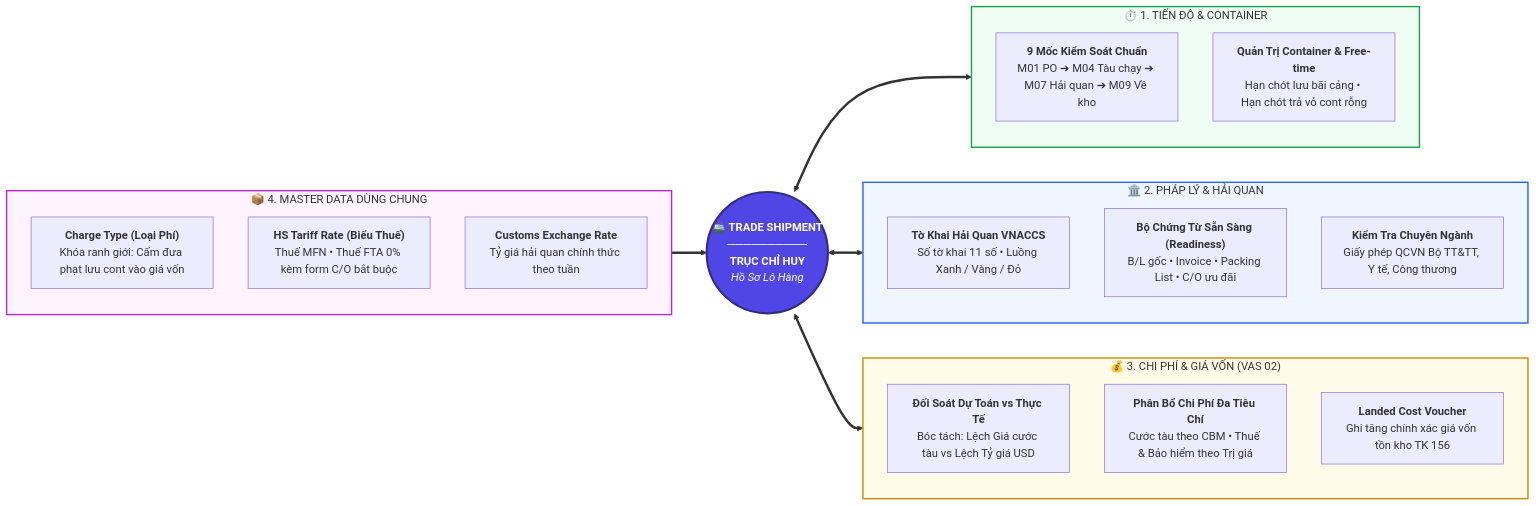
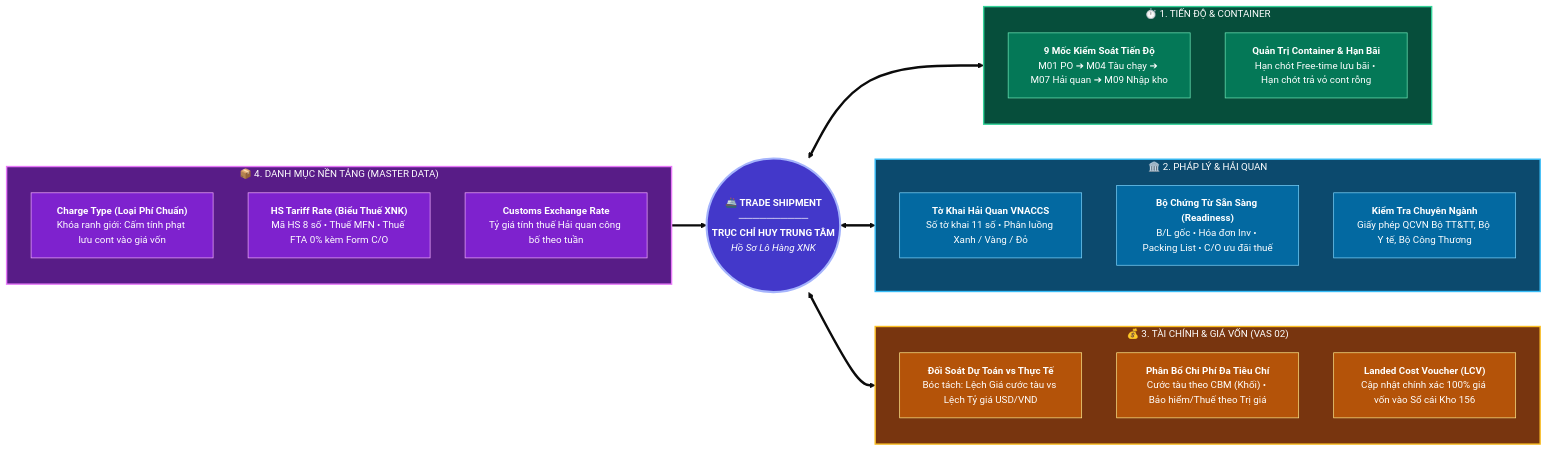
Before and after one commit to capkimkhanh2k5/Logistics_ERPNext_RAG: the second of 4 diagrams in KIEN_TRUC_HE_THONG_QUAN_TRI_XUAT_NHAP_KHAU.md, drawn with Mermaid. The commit also changed other lines of this file, not shown here.

Commit message:
style(diagrams): apply high-contrast dark palette with crisp white text to all architecture diagrams

````diff
--- a/KIEN_TRUC_HE_THONG_QUAN_TRI_XUAT_NHAP_KHAU.md
+++ b/KIEN_TRUC_HE_THONG_QUAN_TRI_XUAT_NHAP_KHAU.md
@@ -112,49 +125,62 @@
 ```mermaid
+%%{init: {'theme': 'base', 'themeVariables': { 'fontFamily': 'Arial, sans-serif', 'fontSize': '14px'}}}%%
 flowchart LR
     %% TRÁI TIM HỆ THỐNG
-    CORE(("🚢 <b>TRADE SHIPMENT</b><br>──────────<br><b>TRỤC CHỈ HUY</b><br><i>Hồ Sơ Lô Hàng</i>"))
+    HUB(("🚢 <b>TRADE SHIPMENT</b><br>──────────<br><b>TRỤC CHỈ HUY TRUNG TÂM</b><br><i>Hồ Sơ Lô Hàng XNK</i>"))
 
-    %% NHÓM 1: TIẾN ĐỘ & HÀNH TRÌNH
-    subgraph G_TRACK["⏱️ 1. TIẾN ĐỘ & CONTAINER"]
+    %% VỆ TINH 1: TIẾN ĐỘ & CONT
+    subgraph V1["⏱️ 1. TIẾN ĐỘ & CONTAINER"]
         direction TB
-        M9["<b>9 Mốc Kiểm Soát Chuẩn</b><br>M01 PO ➔ M04 Tàu chạy ➔ M07 Hải quan ➔ M09 Về kho"]
-        CONT["<b>Quản Trị Container & Free-time</b><br>Hạn chót lưu bãi cảng • Hạn chót trả vỏ cont rỗng"]
+        V1_A["<b>9 Mốc Kiểm Soát Tiến Độ</b><br>M01 PO ➔ M04 Tàu chạy ➔ M07 Hải quan ➔ M09 Nhập kho"]
+        V1_B["<b>Quản Trị Container & Hạn Bãi</b><br>Hạn chót Free-time lưu bãi • Hạn chót trả vỏ cont rỗng"]
     end
 
-    %% NHÓM 2: PHÁP LÝ & HẢI QUAN
-    subgraph G_COMP["🏛️ 2. PHÁP LÝ & HẢI QUAN"]
+    %% VỆ TINH 2: PHÁP LÝ & HẢI QUAN
+    subgraph V2["🏛️ 2. PHÁP LÝ & HẢI QUAN"]
         direction TB
-        DEC["<b>Tờ Khai Hải Quan VNACCS</b><br>Số tờ khai 11 số • Luồng Xanh / Vàng / Đỏ"]
-        DOCS["<b>Bộ Chứng Từ Sẵn Sàng (Readiness)</b><br>B/L gốc • Invoice • Packing List • C/O ưu đãi"]
-        PERM["<b>Kiểm Tra Chuyên Ngành</b><br>Giấy phép QCVN Bộ TT&TT, Y tế, Công thương"]
+        V2_A["<b>Tờ Khai Hải Quan VNACCS</b><br>Số tờ khai 11 số • Phân luồng Xanh / Vàng / Đỏ"]
+        V2_B["<b>Bộ Chứng Từ Sẵn Sàng (Readiness)</b><br>B/L gốc • Hóa đơn Inv • Packing List • C/O ưu đãi thuế"]
+        V2_C["<b>Kiểm Tra Chuyên Ngành</b><br>Giấy phép QCVN Bộ TT&TT, Bộ Y tế, Bộ Công Thương"]
     end
 
-    %% NHÓM 3: TÀI CHÍNH & GIÁ VỐN
-    subgraph G_COST["💰 3. CHI PHÍ & GIÁ VỐN (VAS 02)"]
+    %% VỆ TINH 3: CHI PHÍ & GIÁ VỐN
+    subgraph V3["💰 3. TÀI CHÍNH & GIÁ VỐN (VAS 02)"]
         direction TB
-        COST["<b>Đối Soát Dự Toán vs Thực Tế</b><br>Bóc tách: Lệch Giá cước tàu vs Lệch Tỷ giá USD"]
-        ALLOC["<b>Phân Bổ Chi Phí Đa Tiêu Chí</b><br>Cước tàu theo CBM • Thuế & Bảo hiểm theo Trị giá"]
-        LCV["<b>Landed Cost Voucher</b><br>Ghi tăng chính xác giá vốn tồn kho TK 156"]
+        V3_A["<b>Đối Soát Dự Toán vs Thực Tế</b><br>Bóc tách: Lệch Giá cước tàu vs Lệch Tỷ giá USD/VND"]
+        V3_B["<b>Phân Bổ Chi Phí Đa Tiêu Chí</b><br>Cước tàu theo CBM (Khối) • Bảo hiểm/Thuế theo Trị giá"]
+        V3_C["<b>Landed Cost Voucher (LCV)</b><br>Cập nhật chính xác 100% giá vốn vào Sổ cái Kho 156"]
     end
 
-    %% NHÓM 4: DANH MỤC NỀN TẢNG
-    subgraph G_MASTER["📦 4. MASTER DATA DÙNG CHUNG"]
+    %% VỆ TINH 4: MASTER DATA
+    subgraph V4["📦 4. DANH MỤC NỀN TẢNG (MASTER DATA)"]
         direction TB
-        CHG["<b>Charge Type (Loại Phí)</b><br>Khóa ranh giới: Cấm đưa phạt lưu cont vào giá vốn"]
-        HS["<b>HS Tariff Rate (Biểu Thuế)</b><br>Thuế MFN • Thuế FTA 0% kèm form C/O bắt buộc"]
-        FX["<b>Customs Exchange Rate</b><br>Tỷ giá hải quan chính thức theo tuần"]
+        V4_A["<b>Charge Type (Loại Phí Chuẩn)</b><br>Khóa ranh giới: Cấm tính phạt lưu cont vào giá vốn"]
+        V4_B["<b>HS Tariff Rate (Biểu Thuế XNK)</b><br>Mã HS 8 số • Thuế MFN • Thuế FTA 0% kèm Form C/O"]
+        V4_C["<b>Customs Exchange Rate</b><br>Tỷ giá tính thuế Hải quan công bố theo tuần"]
     end
 
-    %% KẾT NỐI ĐỐI XỨNG CÂN BẰNG
-    G_MASTER ==> CORE
-    CORE <==> G_TRACK
-    CORE <==> G_COMP
-    CORE <==> G_COST
+    %% KẾT NỐI ĐỐI XỨNG
+    V4 ==> HUB
+    HUB <==> V1
+    HUB <==> V2
+    HUB <==> V3
 
-    %% PHONG CÁCH
-    style CORE fill:#4F46E5,stroke:#312E81,color:#FFFFFF,stroke-width:3px
-    style G_TRACK fill:#F0FDF4,stroke:#16A34A,stroke-width:2px
-    style G_COMP fill:#EFF6FF,stroke:#2563EB,stroke-width:2px
-    style G_COST fill:#FEFCE8,stroke:#CA8A04,stroke-width:2px
-    style G_MASTER fill:#FDF4FF,stroke:#C026D3,stroke-width:2px
+    %% STYLE NỀN ĐẬM TƯƠNG PHẢN CAO
+    style HUB fill:#4338CA,stroke:#A5B4FC,color:#FFFFFF,stroke-width:3px
+    style V1 fill:#064E3B,stroke:#34D399,stroke-width:2px,color:#FFFFFF
+    style V2 fill:#0C4A6E,stroke:#38BDF8,stroke-width:2px,color:#FFFFFF
+    style V3 fill:#78350F,stroke:#FBBF24,stroke-width:2px,color:#FFFFFF
+    style V4 fill:#581C87,stroke:#E879F9,stroke-width:2px,color:#FFFFFF
+
+    style V1_A fill:#047857,stroke:#6EE7B7,color:#FFFFFF
+    style V1_B fill:#047857,stroke:#6EE7B7,color:#FFFFFF
+    style V2_A fill:#0369A1,stroke:#7DD3FC,color:#FFFFFF
+    style V2_B fill:#0369A1,stroke:#7DD3FC,color:#FFFFFF
+    style V2_C fill:#0369A1,stroke:#7DD3FC,color:#FFFFFF
+    style V3_A fill:#B45309,stroke:#FDE68A,color:#FFFFFF
+    style V3_B fill:#B45309,stroke:#FDE68A,color:#FFFFFF
+    style V3_C fill:#B45309,stroke:#FDE68A,color:#FFFFFF
+    style V4_A fill:#7E22CE,stroke:#F0ABFC,color:#FFFFFF
+    style V4_B fill:#7E22CE,stroke:#F0ABFC,color:#FFFFFF
+    style V4_C fill:#7E22CE,stroke:#F0ABFC,color:#FFFFFF
 ```
````
